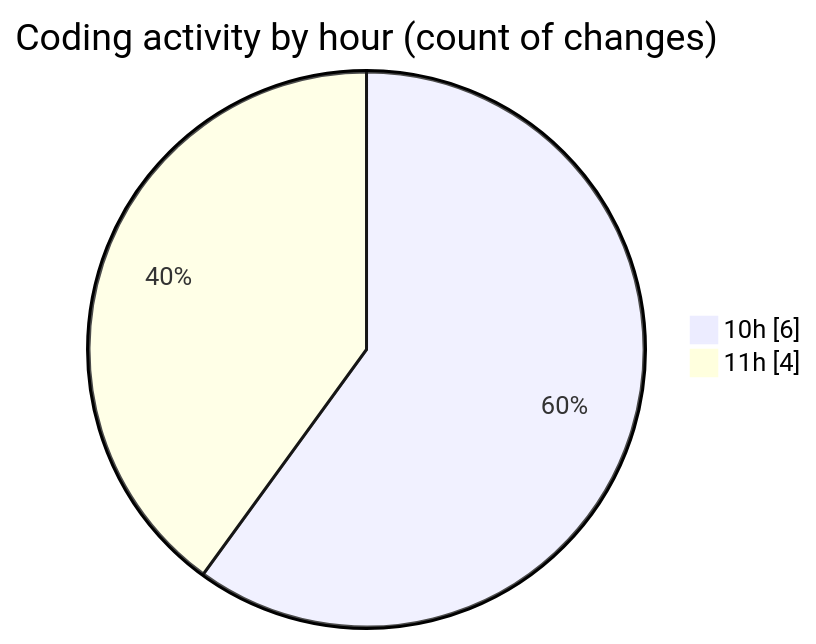
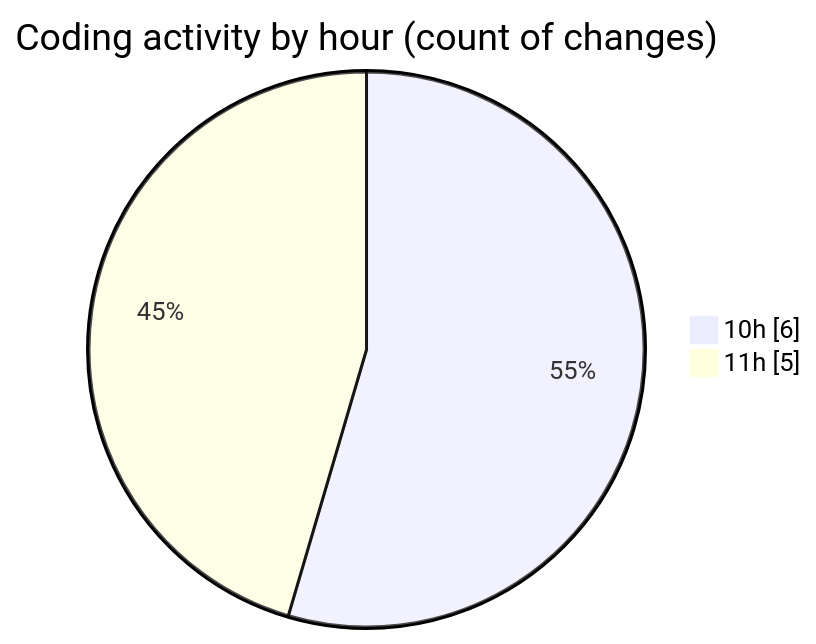
The second of 2 diagrams in 2026-03-30/scripts/README.md (ricardozamudiocil/code-tracking), drawn with Mermaid before and after one commit. The commit also changed other lines of this file and 1 other file, not shown here.

````diff
--- a/2026-03-30/scripts/README.md
+++ b/2026-03-30/scripts/README.md
@@ -32,6 +32,6 @@
 ```mermaid
 pie showData
 title Coding activity by hour (count of changes)
 "10h" : 6
-"11h" : 4
+"11h" : 5
 ```
````
